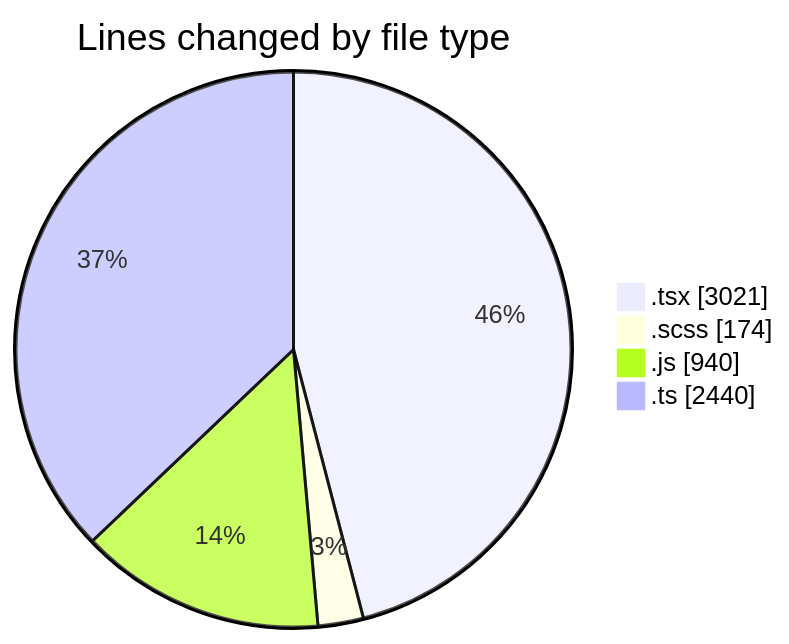
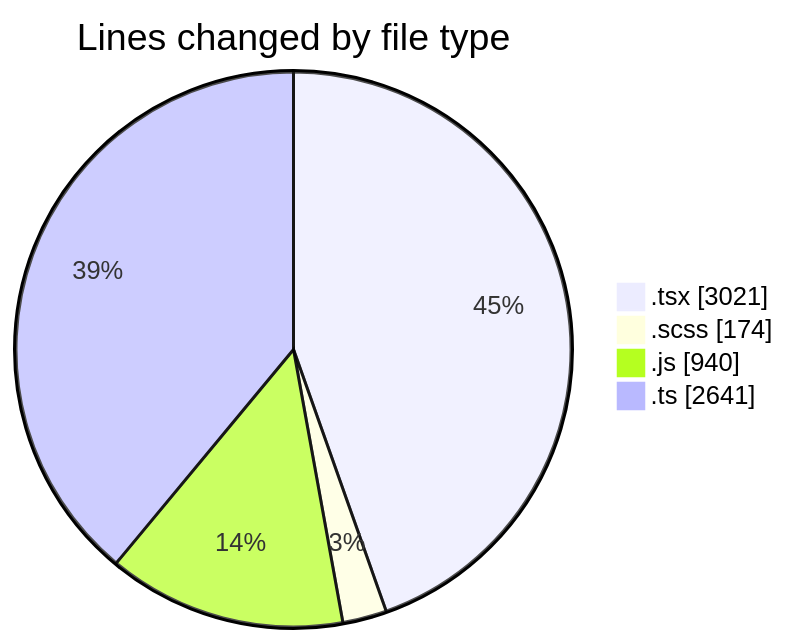
The first of 2 diagrams in 2026-07-15/cda/README.md (momahboobian/code-tracking), drawn with Mermaid before and after one commit. The commit also changed other lines of this file and 1 other file, not shown here.

````diff
--- a/2026-07-15/cda/README.md
+++ b/2026-07-15/cda/README.md
@@ -51,8 +52,8 @@
 ```mermaid
 pie showData
 title Lines changed by file type
 ".tsx" : 3021
 ".scss" : 174
 ".js" : 940
-".ts" : 2440
+".ts" : 2641
 ```
````
